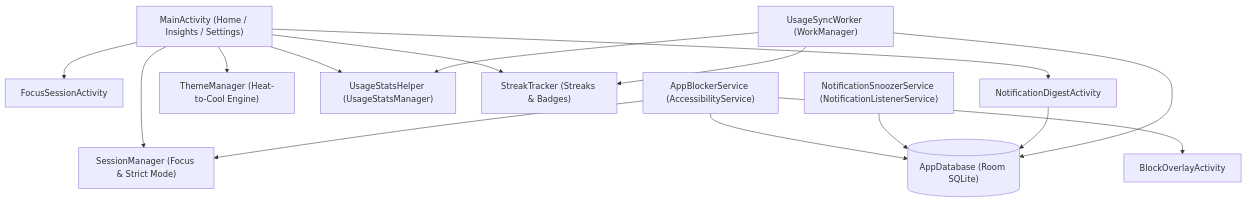
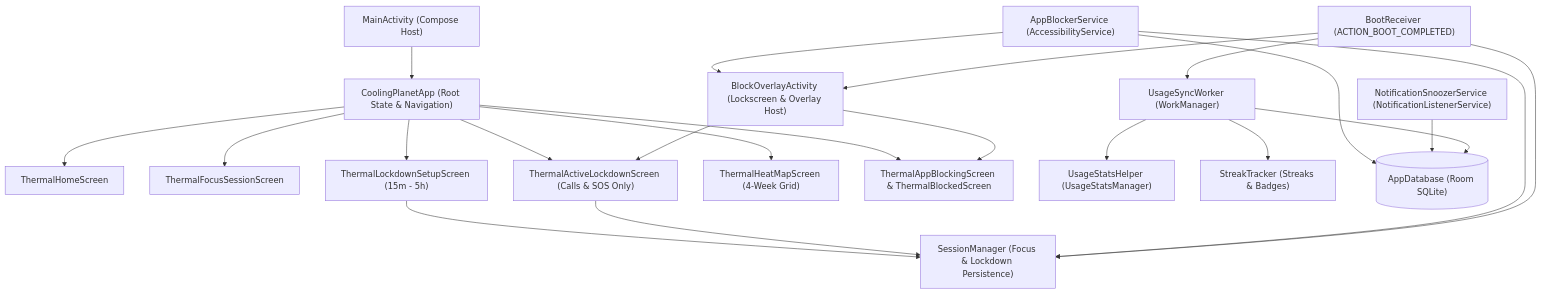
One commit to mohanarevarapu-commits/UnScroll changed the first of 2 diagrams in docs/ARCHITECTURE.md. Above: the diagram before and after it, drawn with Mermaid. The commit also changed other lines of this file and 13 other files, not shown here.

````diff
--- a/docs/ARCHITECTURE.md
+++ b/docs/ARCHITECTURE.md
@@ -9,35 +9,47 @@
 ```mermaid
 flowchart TD
-    UI["MainActivity (Home / Insights / Settings)"]
-    FS["FocusSessionActivity"]
-    ND["NotificationDigestActivity"]
-    BO["BlockOverlayActivity"]
+    MA["MainActivity (Compose Host)"]
+    CPA["CoolingPlanetApp (Root State & Navigation)"]
+    HS["ThermalHomeScreen"]
+    FSS["ThermalFocusSessionScreen"]
+    LSS["ThermalLockdownSetupScreen (15m - 5h)"]
+    LAS["ThermalActiveLockdownScreen (Calls & SOS Only)"]
+    HMS["ThermalHeatMapScreen (4-Week Grid)"]
+    ABS_UI["ThermalAppBlockingScreen & ThermalBlockedScreen"]
+    BOA["BlockOverlayActivity (Lockscreen & Overlay Host)"]
 
-    TM["ThemeManager (Heat-to-Cool Engine)"]
-    SM["SessionManager (Focus & Strict Mode)"]
+    SM["SessionManager (Focus & Lockdown Persistence)"]
     UH["UsageStatsHelper (UsageStatsManager)"]
     ST["StreakTracker (Streaks & Badges)"]
 
     ABS["AppBlockerService (AccessibilityService)"]
     NSS["NotificationSnoozerService (NotificationListenerService)"]
+    BR["BootReceiver (ACTION_BOOT_COMPLETED)"]
     USW["UsageSyncWorker (WorkManager)"]
     DB[("AppDatabase (Room SQLite)")]
 
-    UI --> TM
-    UI --> SM
-    UI --> UH
-    UI --> ST
-    UI --> FS
-    UI --> ND
+    MA --> CPA
+    CPA --> HS
+    CPA --> FSS
+    CPA --> LSS
+    CPA --> LAS
+    CPA --> HMS
+    CPA --> ABS_UI
 
+    LSS --> SM
+    LAS --> SM
     ABS --> SM
     ABS --> DB
-    ABS --> BO
+    ABS --> BOA
+    BOA --> LAS
+    BOA --> ABS_UI
+
+    BR --> SM
+    BR --> BOA
+    BR --> USW
 
     NSS --> DB
-    ND --> DB
-
     USW --> UH
     USW --> ST
     USW --> DB
 ```
````
